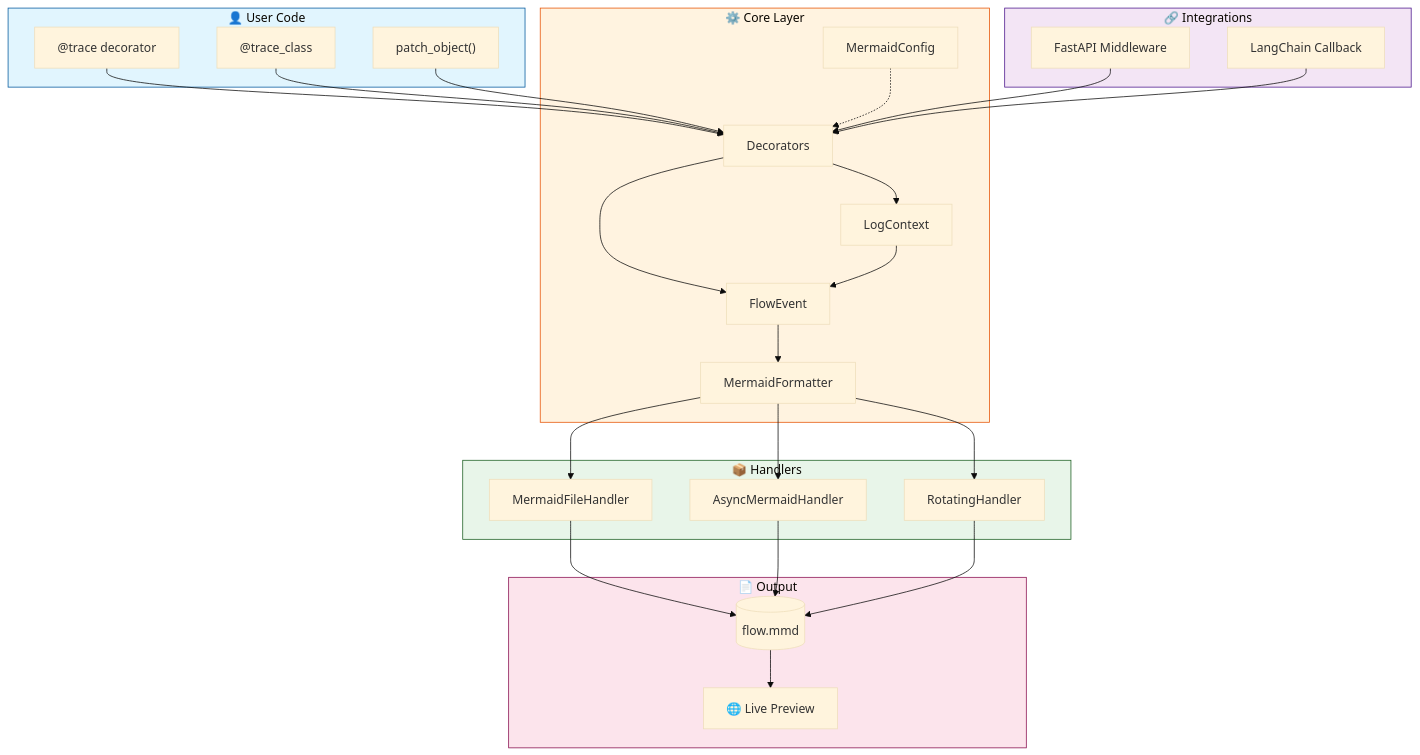
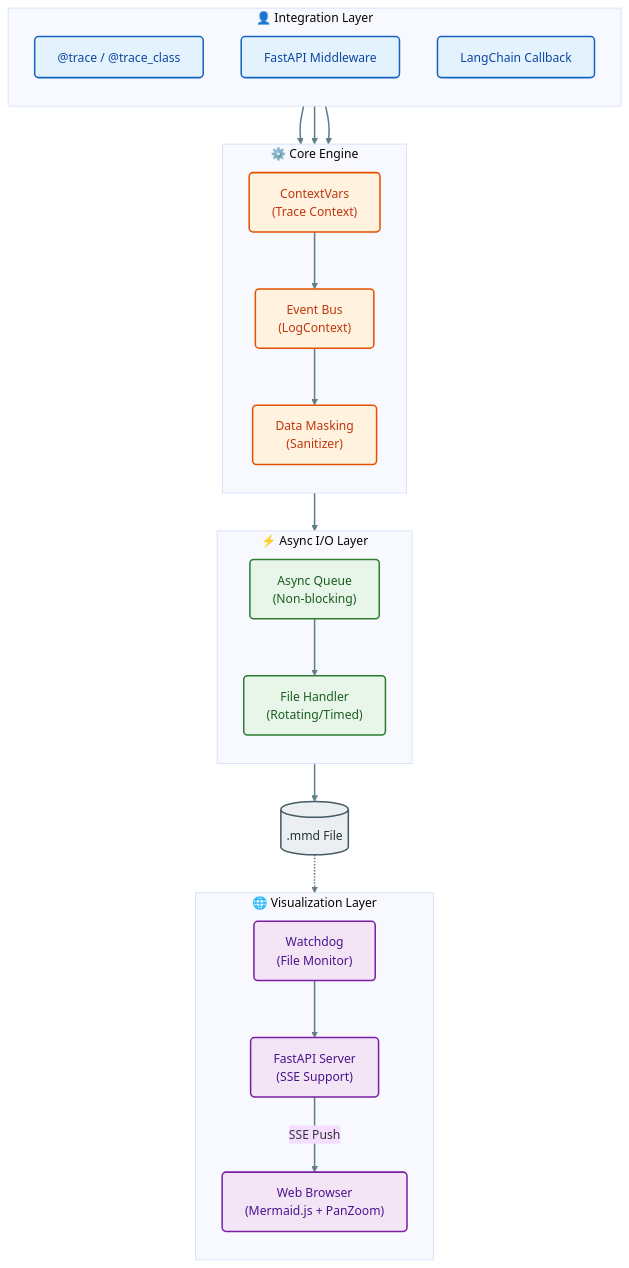
Before and after one commit to xt765/mermaid-trace: the diagram in README.md, drawn with Mermaid (base theme). The commit also changed other lines of this file and 2 other files, not shown here.

Commit message:
docs: overhaul documentation with professional mermaid diagrams and content

````diff
--- a/README.md
+++ b/README.md
@@ -27,56 +25,54 @@
 ```mermaid
 flowchart TB
-    subgraph User["👤 User Code"]
-        A["@trace decorator"]
-        B["@trace_class"]
-        C["patch_object()"]
+    %% Style Definitions
+    classDef userLayer fill:#e3f2fd,stroke:#1565c0,stroke-width:2px,color:#0d47a1,rx:5,ry:5
+    classDef coreLayer fill:#fff3e0,stroke:#e65100,stroke-width:2px,color:#bf360c,rx:5,ry:5
+    classDef ioLayer fill:#e8f5e9,stroke:#2e7d32,stroke-width:2px,color:#1b5e20,rx:5,ry:5
+    classDef vizLayer fill:#f3e5f5,stroke:#7b1fa2,stroke-width:2px,color:#4a148c,rx:5,ry:5
+    classDef storage fill:#eceff1,stroke:#455a64,stroke-width:2px,color:#263238,shape:cyl
+
+    subgraph User["👤 Integration Layer"]
+        direction TB
+        Decorator["@trace / @trace_class"]:::userLayer
+        Middleware["FastAPI Middleware"]:::userLayer
+        Callback["LangChain Callback"]:::userLayer
     end
 
-    subgraph Core["⚙️ Core Layer"]
-        D["Decorators"]
-        E["LogContext"]
-        F["FlowEvent"]
-        G["MermaidFormatter"]
-        H["MermaidConfig"]
+    subgraph Core["⚙️ Core Engine"]
+        direction TB
+        Context["ContextVars<br/>(Trace Context)"]:::coreLayer
+        EventBus["Event Bus<br/>(LogContext)"]:::coreLayer
+        Masker["Data Masking<br/>(Sanitizer)"]:::coreLayer
     end
 
-    subgraph Handlers["📦 Handlers"]
-        I["MermaidFileHandler"]
-        J["AsyncMermaidHandler"]
-        K["RotatingHandler"]
+    subgraph IO["⚡ Async I/O Layer"]
+        direction TB
+        Queue["Async Queue<br/>(Non-blocking)"]:::ioLayer
+        Writer["File Handler<br/>(Rotating/Timed)"]:::ioLayer
     end
 
-    subgraph Output["📄 Output"]
-        L[("flow.mmd")]
-        M["🌐 Live Preview"]
+    Storage[(".mmd File")]:::storage
+
+    subgraph Viz["🌐 Visualization Layer"]
+        direction TB
+        Watcher["Watchdog<br/>(File Monitor)"]:::vizLayer
+        Server["FastAPI Server<br/>(SSE Support)"]:::vizLayer
+        Browser["Web Browser<br/>(Mermaid.js + PanZoom)"]:::vizLayer
     end
 
-    subgraph Integrations["🔗 Integrations"]
-        N["FastAPI Middleware"]
-        O["LangChain Callback"]
-    end
+    %% Data Flow
+    Decorator --> Context
+    Middleware --> Context
+    Callback --> Context
+    Context --> EventBus
+    EventBus --> Masker
+    Masker --> Queue
+    Queue --> Writer
+    Writer --> Storage
+    Storage -.-> Watcher
+    Watcher --> Server
+    Server == "SSE Push" ==> Browser
 
-    A --> D
-    B --> D
-    C --> D
-    D --> E
-    D --> F
-    E --> F
-    F --> G
-    H -.-> D
-    G --> I
-    G --> J
-    G --> K
-    I --> L
-    J --> L
-    K --> L
-    L --> M
-    N --> D
-    O --> D
-
-    style User fill:#e1f5fe,stroke:#01579b
-    style Core fill:#fff3e0,stroke:#e65100
-    style Handlers fill:#e8f5e9,stroke:#1b5e20
-    style Output fill:#fce4ec,stroke:#880e4f
-    style Integrations fill:#f3e5f5,stroke:#4a148c
+    %% Link Style
+    linkStyle default stroke:#607d8b,stroke-width:2px
 ```
````
